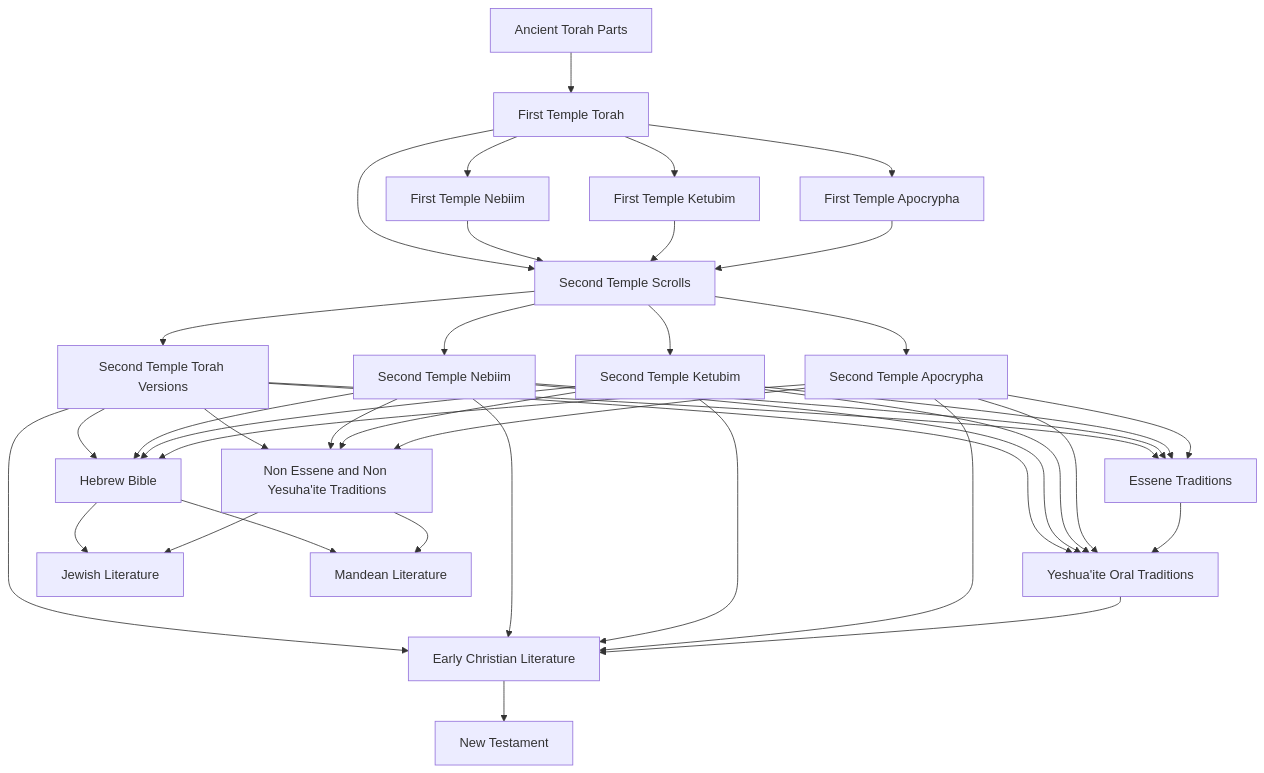
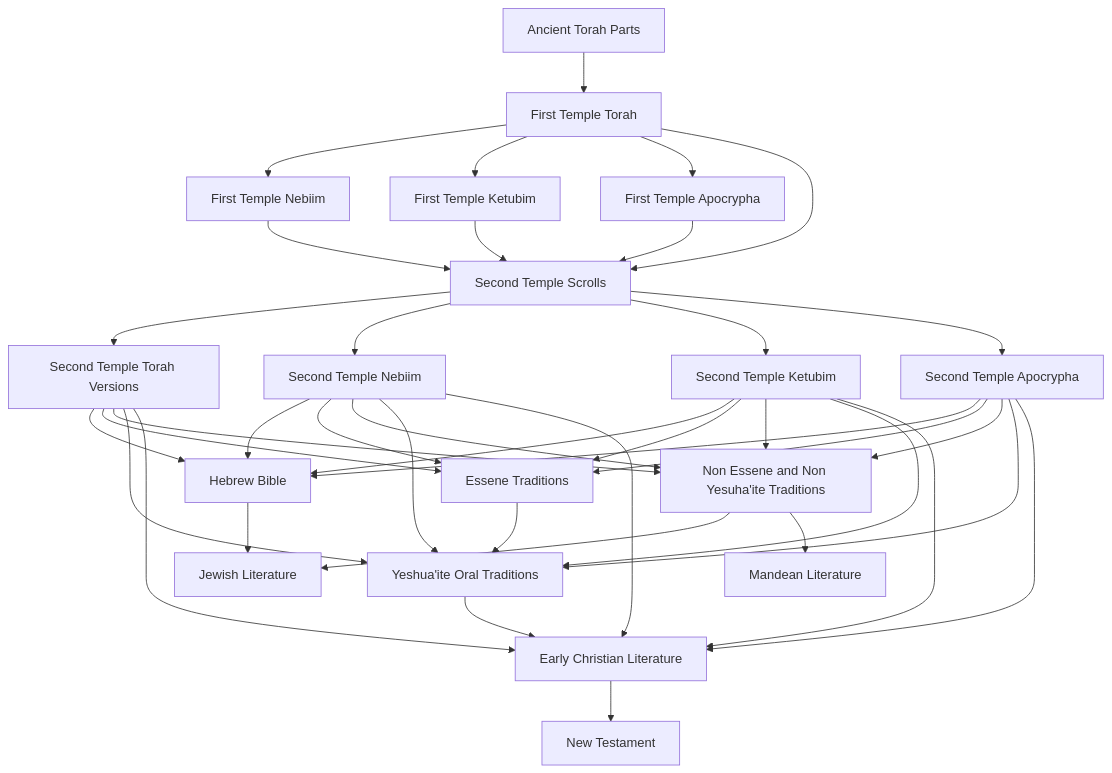
One commit to bendqh1/mermaid changed the diagram in judeo_christian_religious_literature.mermaid. Above: the diagram before and after it, drawn with Mermaid.

```diff
--- a/judeo_christian_religious_literature.mermaid
+++ b/judeo_christian_religious_literature.mermaid
@@ -1,23 +1,23 @@
 flowchart TD
     A1[Ancient Torah Parts]
     A1 --> A2[First Temple Torah]
     A2 --> A3[First Temple Nebiim] 
     A2 --> A4[First Temple Ketubim]
     A2 --> A5[First Temple Apocrypha]
     A2 & A3 & A4 & A5 --> B1[Second Temple Scrolls]
 
     B1 --> B2[Second Temple Torah Versions]
     B1 --> B3[Second Temple Nebiim]
     B1 --> B4[Second Temple Ketubim]
     B1 --> B5[Second Temple Apocrypha]
 
     B2 & B3 & B4 & B5 --> C1[Hebrew Bible]
     B2 & B3 & B4 & B5 --> C2[Essene Traditions]
     B2 & B3 & B4 & B5 --> C3[Non Essene and Non Yesuha'ite Traditions]
     B2 & B3 & B4 & B5 & C2 --> C4[Yeshua'ite Oral Traditions]
 
     C1 & C3 --> D1[Jewish Literature]
-    C1 & C3 --> D2[Mandean Literature]
+    C3 --> D2[Mandean Literature]
     B2 & B3 & B4 & B5 & C4 --> D3[Early Christian Literature]
 
     D3 --> E1[New Testament]
```
